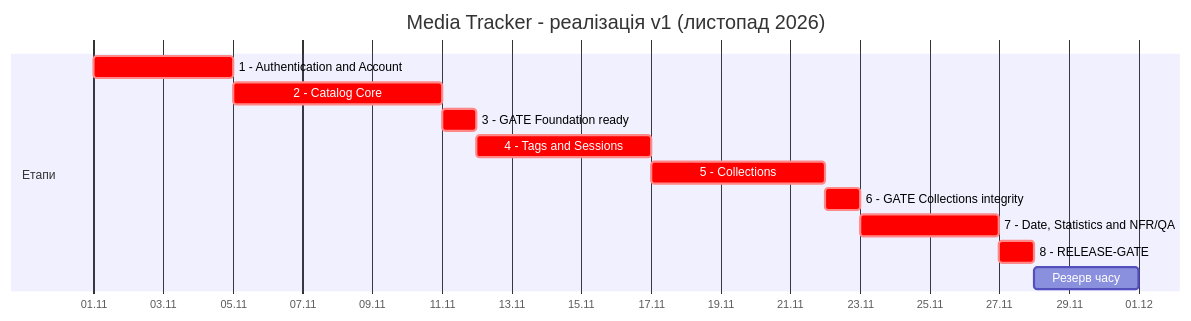
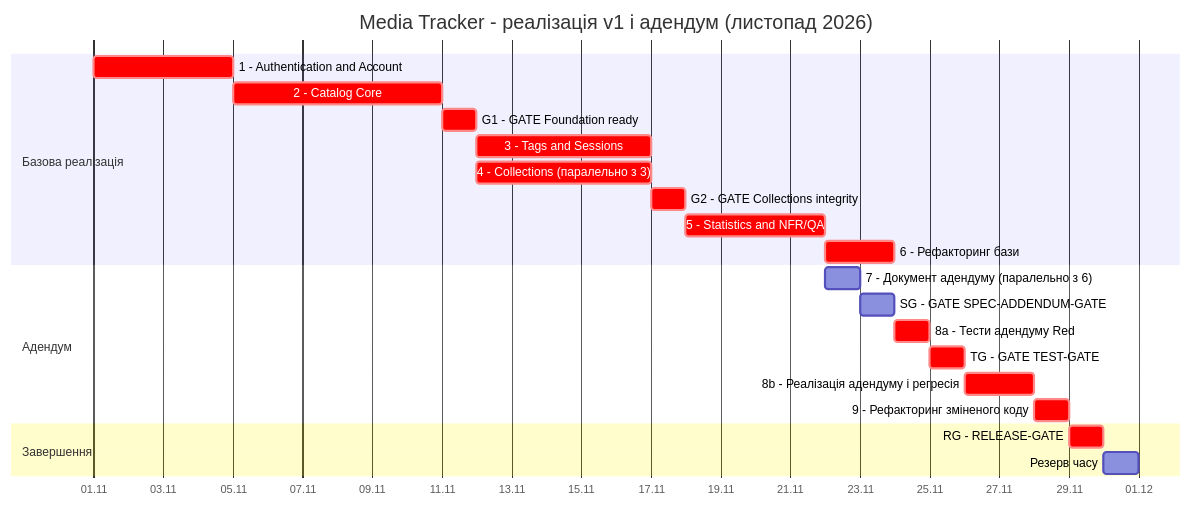
Before and after one commit to Victoria-bu/media-tracker-pis: the diagram in docs/plan.md, drawn with Mermaid. The commit also changed other lines of this file and 1 other file, not shown here.

First line of the commit message:
spec: openapi.yaml — minLength:1 for item title and collection name (D-02/D-03)

````diff
--- a/docs/plan.md
+++ b/docs/plan.md
@@ -46,16 +56,25 @@
 ```mermaid
 gantt
-    title Media Tracker - реалізація v1 (листопад 2026)
+    title Media Tracker - реалізація v1 і адендум (листопад 2026)
     dateFormat YYYY-MM-DD
     axisFormat %d.%m
-    section Етапи
-    1 - Authentication and Account         :crit, t1, 2026-11-01, 4d
-    2 - Catalog Core                       :crit, t2, after t1, 6d
-    3 - GATE Foundation ready              :crit, g3, after t2, 1d
-    4 - Tags and Sessions                  :crit, t4, after g3, 5d
-    5 - Collections                        :crit, t5, after t4, 5d
-    6 - GATE Collections integrity         :crit, g6, after t5, 1d
-    7 - Date, Statistics and NFR/QA        :crit, t7, after g6, 4d
-    8 - RELEASE-GATE                       :crit, g8, after t7, 1d
-    Резерв часу                            :buf, after g8, 3d
+    section Базова реалізація
+    1 - Authentication and Account         :crit, s1, 2026-11-01, 4d
+    2 - Catalog Core                       :crit, s2, after s1, 6d
+    G1 - GATE Foundation ready             :crit, g1, after s2, 1d
+    3 - Tags and Sessions                  :crit, s3, after g1, 5d
+    4 - Collections (паралельно з 3)       :crit, s4, after g1, 5d
+    G2 - GATE Collections integrity        :crit, g2, after s3 s4, 1d
+    5 - Statistics and NFR/QA              :crit, s5, after g2, 4d
+    6 - Рефакторинг бази                   :crit, s6, after s5, 2d
+    section Адендум
+    7 - Документ адендуму (паралельно з 6) :s7, after s5, 1d
+    SG - GATE SPEC-ADDENDUM-GATE           :sg, after s7, 1d
+    8a - Тести адендуму Red                :crit, s8a, after s6 sg, 1d
+    TG - GATE TEST-GATE                    :crit, tg, after s8a, 1d
+    8b - Реалізація адендуму і регресія    :crit, s8b, after tg, 2d
+    9 - Рефакторинг зміненого коду         :crit, s9, after s8b, 1d
+    section Завершення
+    RG - RELEASE-GATE                      :crit, rg, after s9, 1d
+    Резерв часу                            :buf, after rg, 1d
 ```
````
